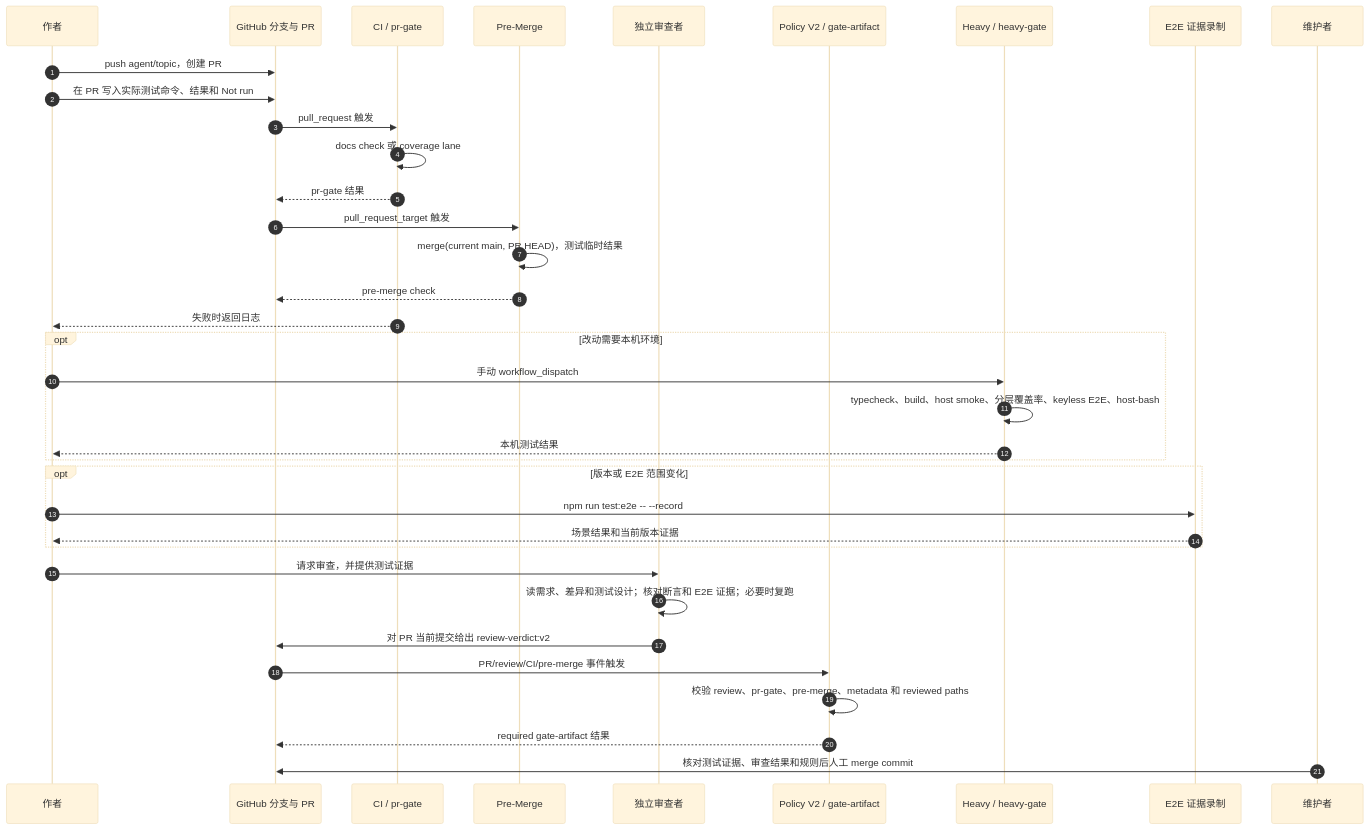
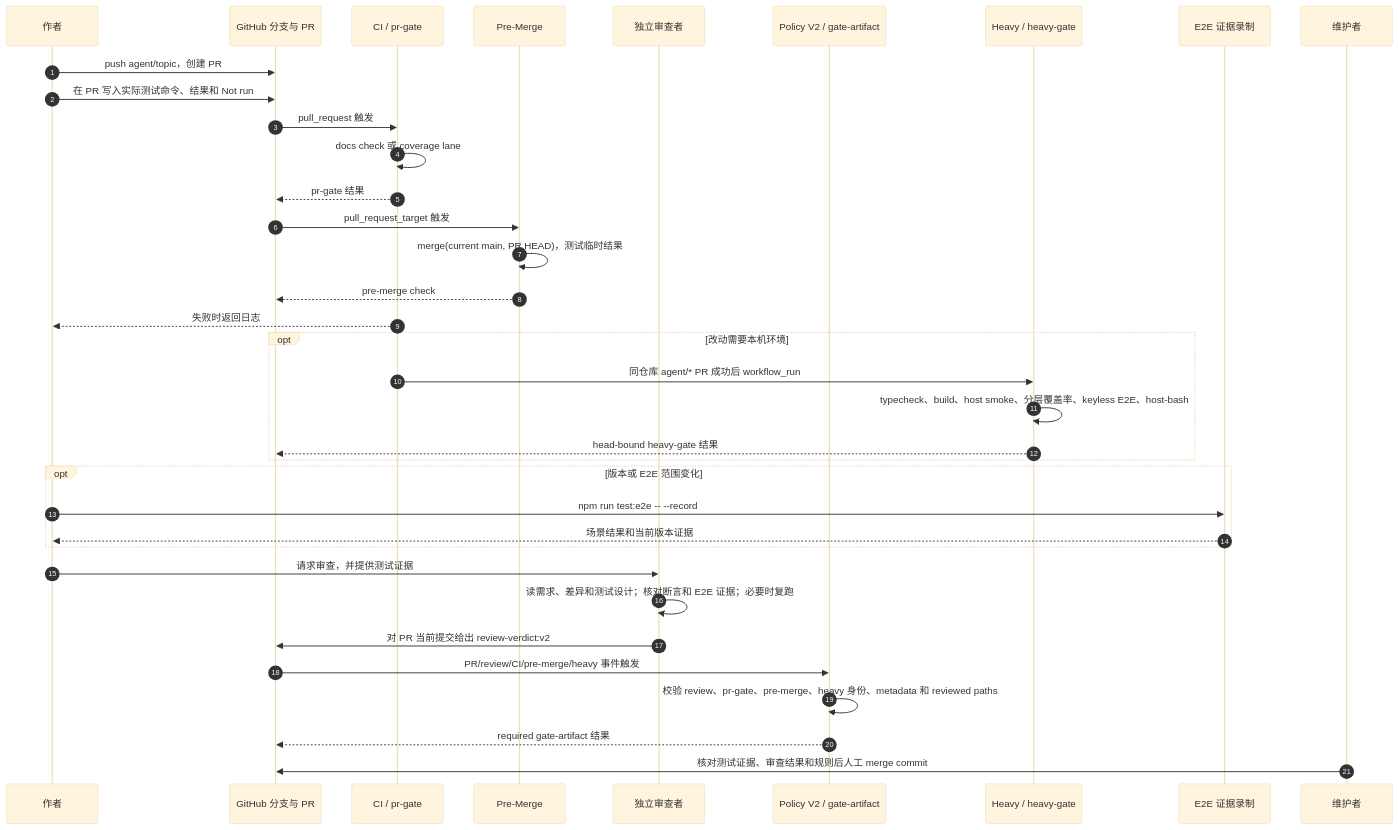
The second of 4 diagrams in docs/github-workflow.md (leigangzhang/dsh-cowork), drawn with Mermaid (base theme) before and after one commit. The commit also changed other lines of this file and 20 other files, not shown here.

First line of the commit message:
feat(ci): require head-bound heavy results for non-docs PRs

````diff
--- a/docs/github-workflow.md
+++ b/docs/github-workflow.md
@@ -97,39 +97,39 @@
 ```mermaid
 sequenceDiagram
   autonumber
   participant A as 作者
   participant G as GitHub 分支与 PR
   participant C as CI / pr-gate
   participant PM as Pre-Merge
   participant R as 独立审查者
   participant P as Policy V2 / gate-artifact
   participant H as Heavy / heavy-gate
   participant E as E2E 证据录制
   participant M as 维护者
 
   A->>G: push agent/topic，创建 PR
   A->>G: 在 PR 写入实际测试命令、结果和 Not run
   G->>C: pull_request 触发
   C->>C: docs check 或 coverage lane
   C-->>G: pr-gate 结果
   G->>PM: pull_request_target 触发
   PM->>PM: merge(current main, PR HEAD)，测试临时结果
   PM-->>G: pre-merge check
   C-->>A: 失败时返回日志
   opt 改动需要本机环境
-    A->>H: 手动 workflow_dispatch
+    C->>H: 同仓库 agent/* PR 成功后 workflow_run
     H->>H: typecheck、build、host smoke、分层覆盖率、keyless E2E、host-bash
-    H-->>A: 本机测试结果
+    H-->>G: head-bound heavy-gate 结果
   end
   opt 版本或 E2E 范围变化
     A->>E: npm run test:e2e -- --record
     E-->>A: 场景结果和当前版本证据
   end
   A->>R: 请求审查，并提供测试证据
   R->>R: 读需求、差异和测试设计；核对断言和 E2E 证据；必要时复跑
   R->>G: 对 PR 当前提交给出 review-verdict:v2
-  G->>P: PR/review/CI/pre-merge 事件触发
-  P->>P: 校验 review、pr-gate、pre-merge、metadata 和 reviewed paths
+  G->>P: PR/review/CI/pre-merge/heavy 事件触发
+  P->>P: 校验 review、pr-gate、pre-merge、heavy 身份、metadata 和 reviewed paths
   P-->>G: required gate-artifact 结果
   M->>G: 核对测试证据、审查结果和规则后人工 merge commit
 ```
````
